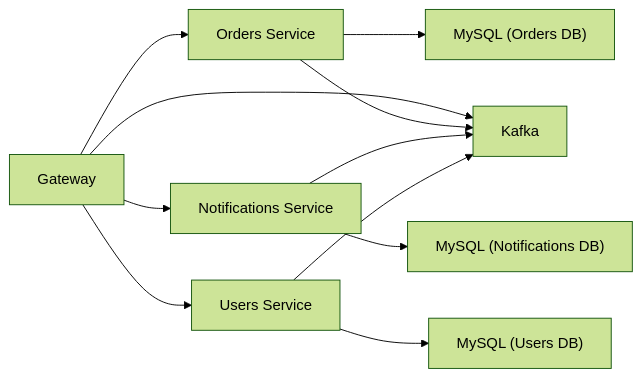
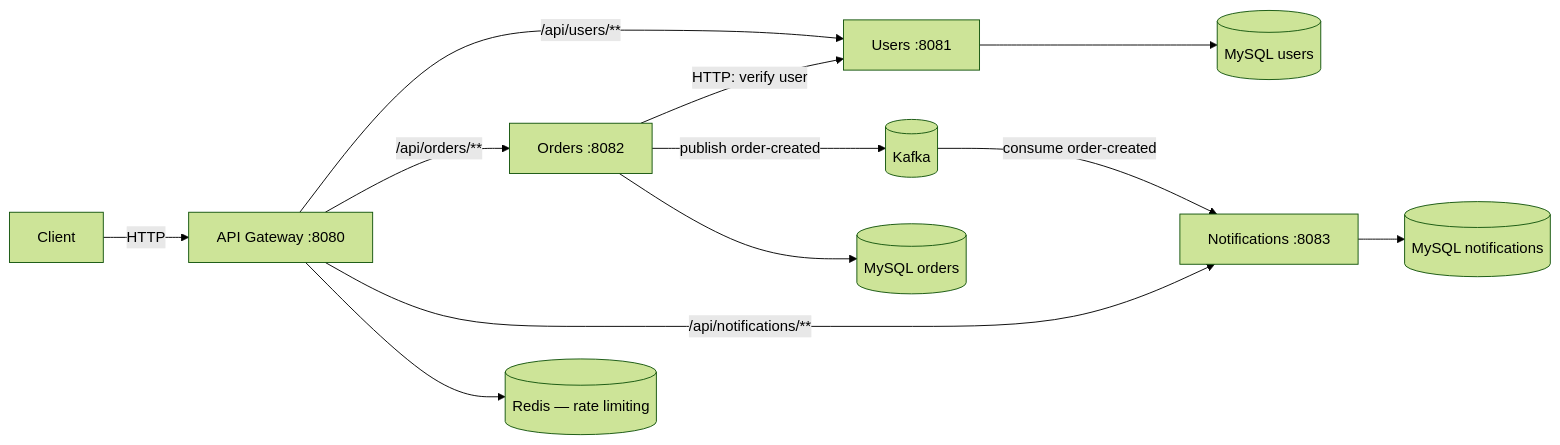
The diagram in README.md (samergoda/micro-service), drawn with Mermaid (forest theme) before and after one commit. The commit also changed other lines of this file and 32 other files, not shown here.

````diff
--- a/README.md
+++ b/README.md
@@ -18,13 +18,16 @@
 ```mermaid
 graph LR
-    GW[Gateway] --> O[Orders Service]
-    GW --> N[Notifications Service]
-    GW --> U[Users Service]
-    O --> DB_O["MySQL (Orders DB)"]
-    N --> DB_N["MySQL (Notifications DB)"]
-    U --> DB_U["MySQL (Users DB)"]
-    GW --> K[Kafka]
-    O --> K
-    N --> K
-    U --> K
+    Client -->|HTTP| GW[API Gateway :8080]
+    GW -->|/api/users/**| U[Users :8081]
+    GW -->|/api/orders/**| O[Orders :8082]
+    GW -->|/api/notifications/**| N[Notifications :8083]
+
+    O -->|HTTP: verify user| U
+    O -->|publish order-created| K[(Kafka)]
+    K -->|consume order-created| N
+
+    U --> DBU[("MySQL users")]
+    O --> DBO[("MySQL orders")]
+    N --> DBN[("MySQL notifications")]
+    GW --> R[(Redis — rate limiting)]
 ```
````
